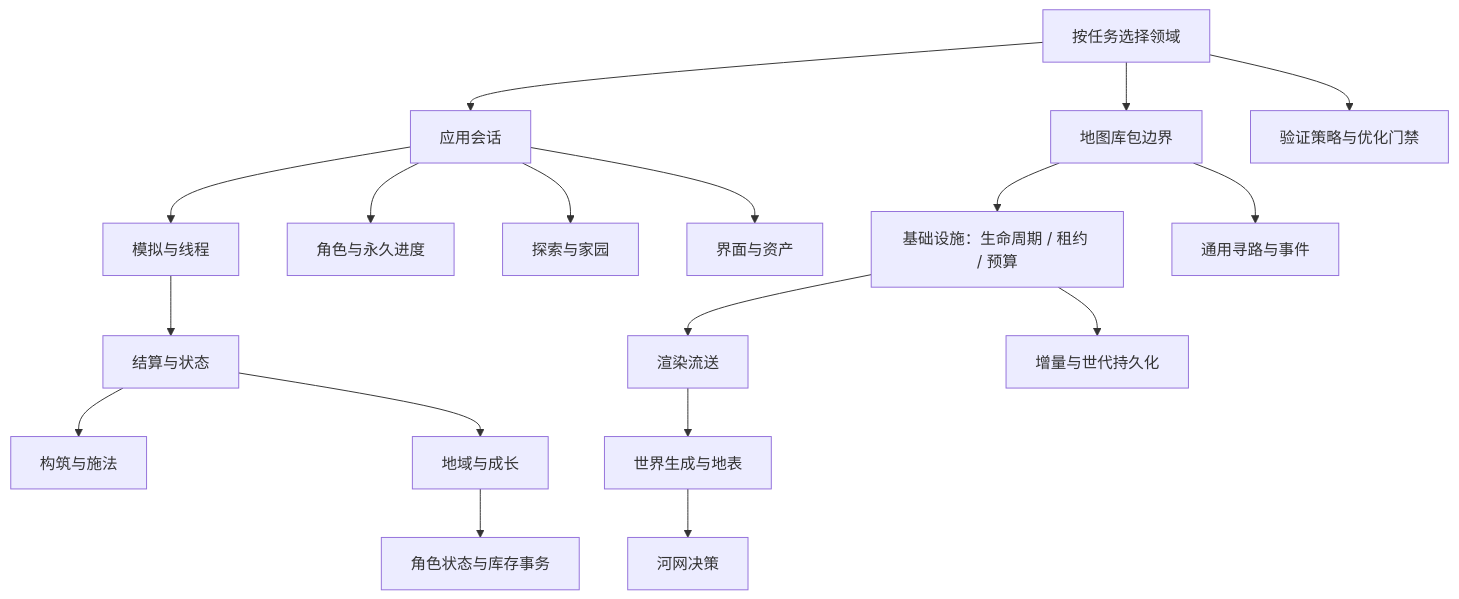
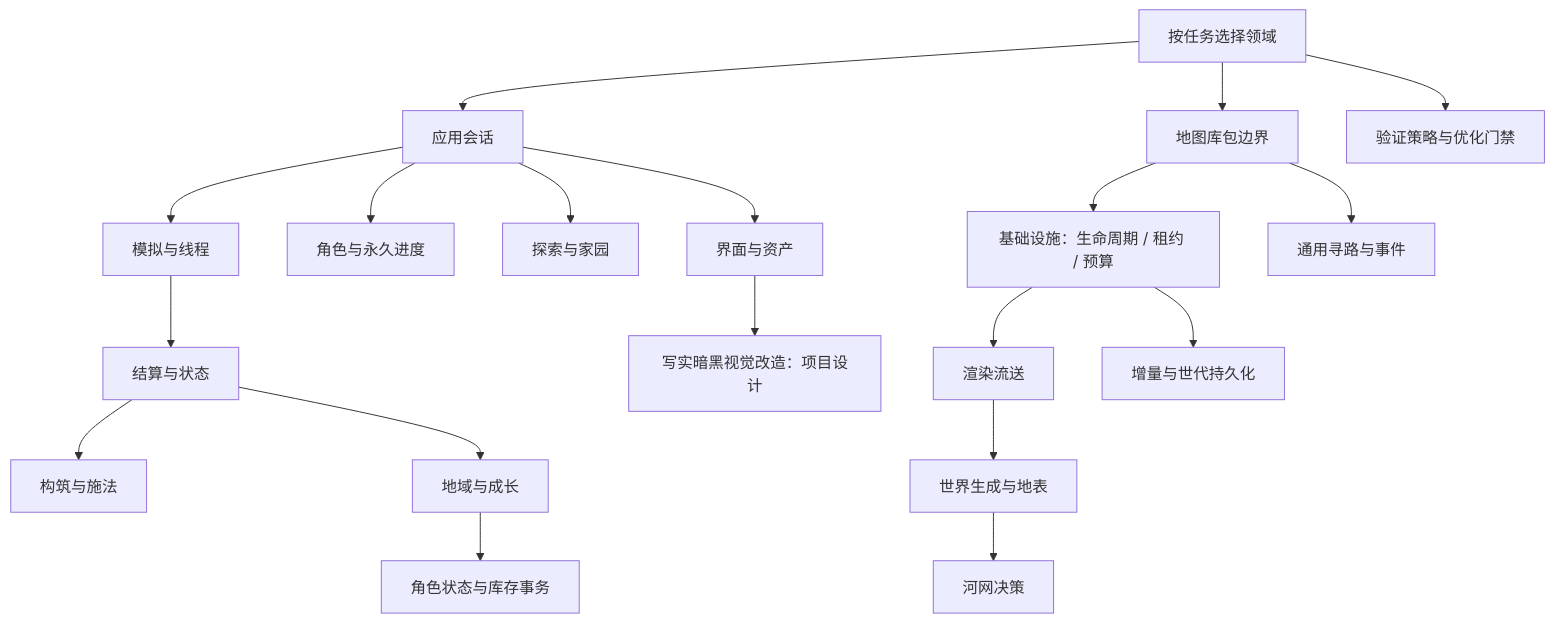
One commit to lanyik/lanyik changed the diagram in docs/README.md. Above: the diagram before and after it, drawn with Mermaid. The commit also changed other lines of this file and 23 other files, not shown here.

````diff
--- a/docs/README.md
+++ b/docs/README.md
@@ -14,20 +14,21 @@
 ```mermaid
 flowchart TB
     index[按任务选择领域] --> app[应用会话]
     app --> sim[模拟与线程]
     sim --> combat[结算与状态]
     combat --> skills[构筑与施法]
     combat --> growth[地域与成长]
     growth --> items[角色状态与库存事务]
     app --> saves[角色与永久进度]
     app --> explore[探索与家园]
     app --> view[界面与资产]
+    view --> visual[写实暗黑视觉改造：项目设计]
     index --> pkg[地图库包边界]
     pkg --> infra[基础设施：生命周期 / 租约 / 预算]
     infra --> stream[渲染流送]
     stream --> world[世界生成与地表]
     world --> water[河网决策]
     infra --> persistence[增量与世代持久化]
     pkg --> path[通用寻路与事件]
     index --> checks[验证策略与优化门禁]
 ```
````
